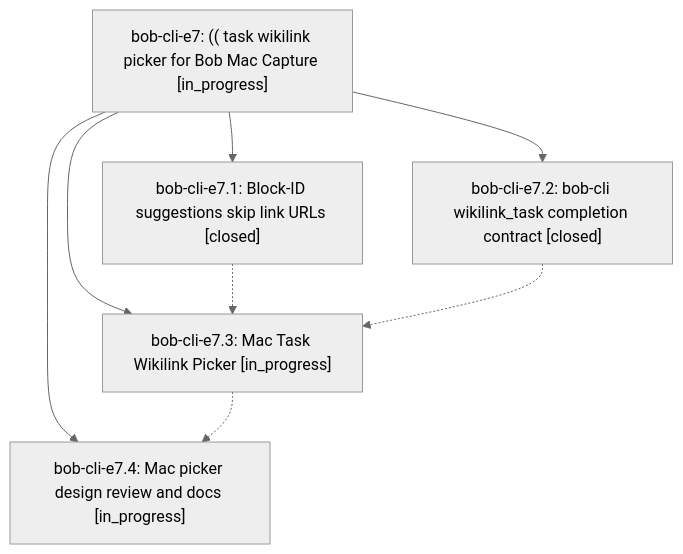
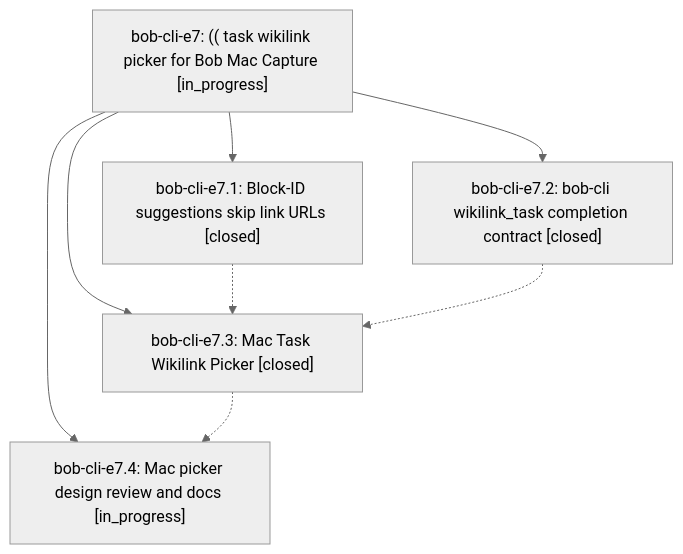
One commit to bobs-org/bob-cli--beads changed the diagram in pages/bob-cli-e7/README.md. Above: the diagram before and after it, drawn with Mermaid (neutral theme). The commit also changed other lines of this file and 4 other files, not shown here.

First line of the commit message:
chore(beads): sync bead state and pages for bob-cli-e7

````diff
--- a/pages/bob-cli-e7/README.md
+++ b/pages/bob-cli-e7/README.md
@@ -37,15 +37,15 @@
 ```mermaid
 flowchart TD
     n0["bob-cli-e7: (( task wikilink picker for Bob Mac Capture [in_progress]"]
     n1["bob-cli-e7.1: Block-ID suggestions skip link URLs [closed]"]
     n2["bob-cli-e7.2: bob-cli wikilink_task completion contract [closed]"]
-    n3["bob-cli-e7.3: Mac Task Wikilink Picker [in_progress]"]
+    n3["bob-cli-e7.3: Mac Task Wikilink Picker [closed]"]
     n4["bob-cli-e7.4: Mac picker design review and docs [in_progress]"]
     n0 --> n1
     n0 --> n2
     n0 --> n3
     n0 --> n4
     n1 -.-> n3
     n2 -.-> n3
     n3 -.-> n4
 ```
````
